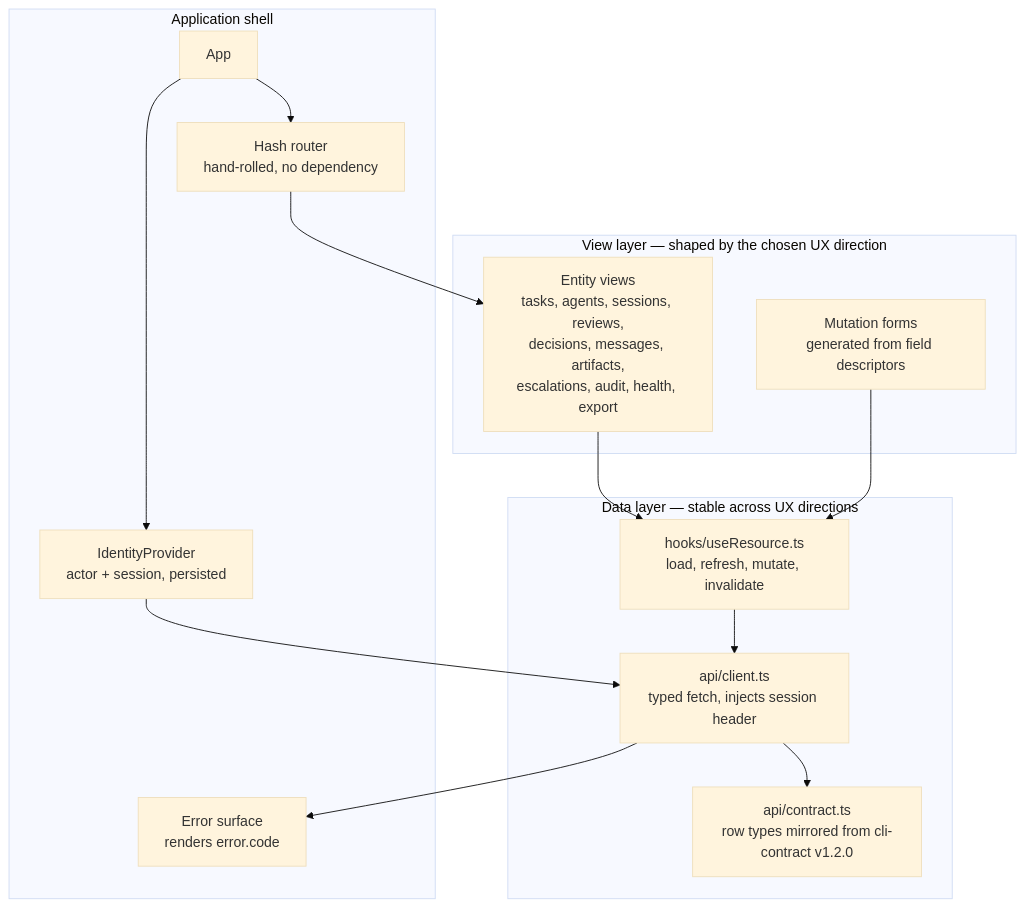
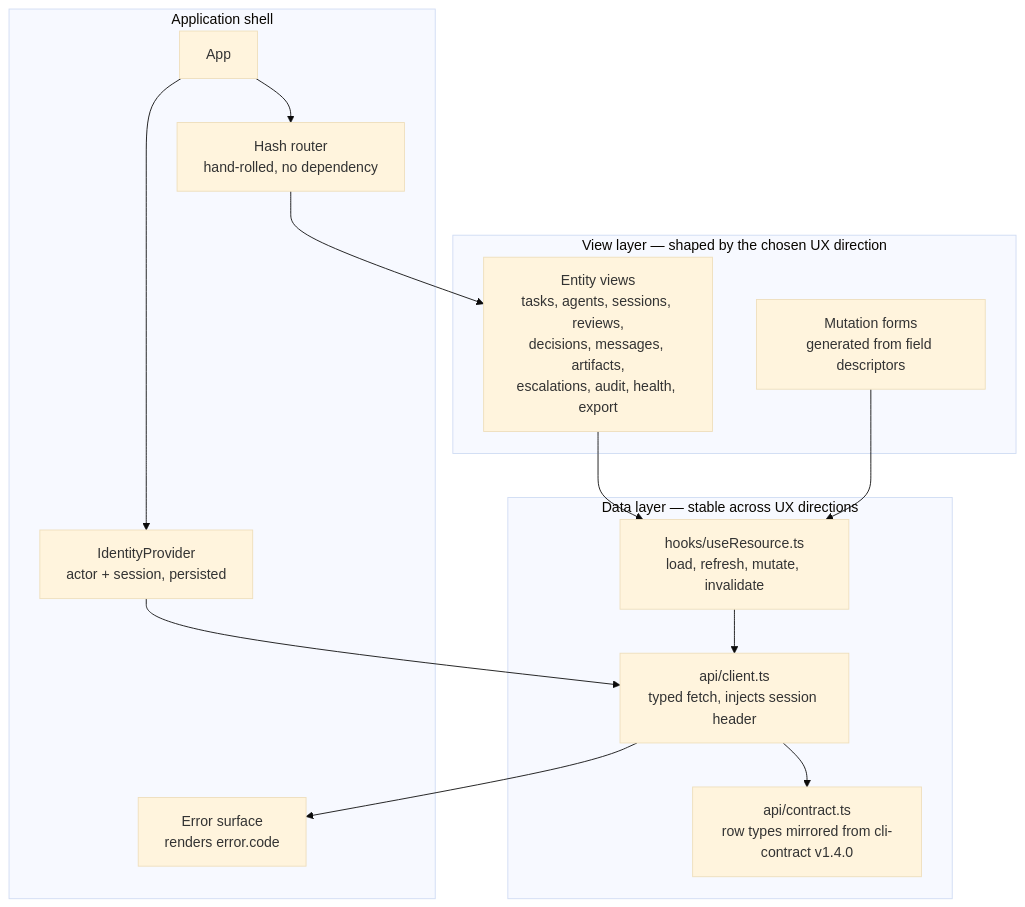
Before and after one commit to jnuez94/agentic-scaffold-project-task-tracker: the eighth of 9 diagrams in docs/coordination-console-design.md, drawn with Mermaid (base theme). The commit also changed other lines of this file and 39 other files, not shown here.

````diff
--- a/docs/coordination-console-design.md
+++ b/docs/coordination-console-design.md
@@ -357,27 +357,27 @@
 ```mermaid
 flowchart TD
     subgraph shell["Application shell"]
         APP["App"]
         ROUTER["Hash router<br/>hand-rolled, no dependency"]
         IDENTITY["IdentityProvider<br/>actor + session, persisted"]
         TOASTS["Error surface<br/>renders error.code"]
     end
 
     subgraph data["Data layer — stable across UX directions"]
         CLIENT["api/client.ts<br/>typed fetch, injects session header"]
-        TYPES["api/contract.ts<br/>row types mirrored from cli-contract v1.2.0"]
+        TYPES["api/contract.ts<br/>row types mirrored from cli-contract v1.4.0"]
         HOOKS["hooks/useResource.ts<br/>load, refresh, mutate, invalidate"]
     end
 
     subgraph views["View layer — shaped by the chosen UX direction"]
         VIEWS["Entity views<br/>tasks, agents, sessions, reviews,<br/>decisions, messages, artifacts,<br/>escalations, audit, health, export"]
         FORMS["Mutation forms<br/>generated from field descriptors"]
     end
 
     APP --> ROUTER --> VIEWS
     APP --> IDENTITY
     IDENTITY --> CLIENT
     VIEWS --> HOOKS --> CLIENT --> TYPES
     FORMS --> HOOKS
     CLIENT --> TOASTS
 ```
````
